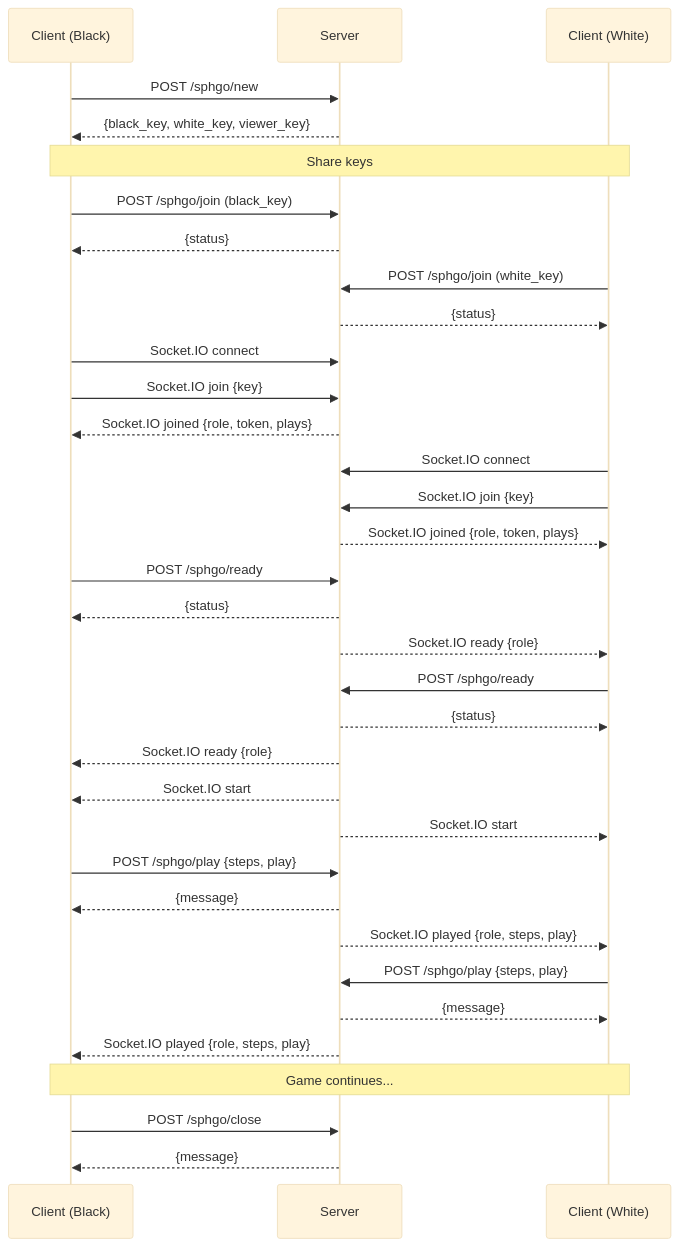
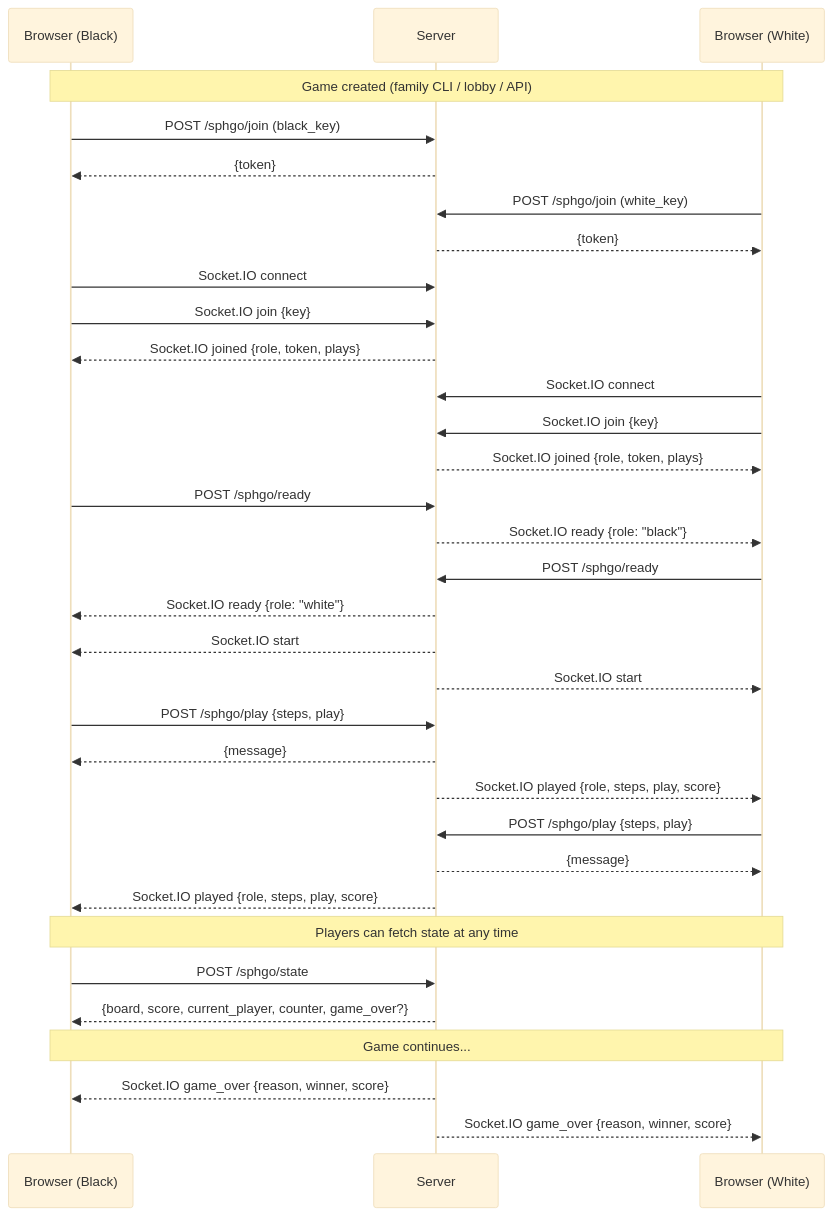
Before and after one commit to spherical-go/polyclash: the diagram in docs/08_network_play.md, drawn with Mermaid (base theme). The commit also changed other lines of this file and 28 other files, not shown here.

First line of the commit message:
feat: team server mode — user accounts, lobby, board persistence, cloud deploy

````diff
--- a/docs/08_network_play.md
+++ b/docs/08_network_play.md
@@ -173,48 +214,48 @@
 ```mermaid
 sequenceDiagram
-    participant Client1 as Client (Black)
+    participant Black as Browser (Black)
     participant Server
-    participant Client2 as Client (White)
+    participant White as Browser (White)
 
-    Client1->>Server: POST /sphgo/new
-    Server-->>Client1: {black_key, white_key, viewer_key}
+    Note over Black, White: Game created (family CLI / lobby / API)
 
-    Note over Client1, Client2: Share keys
+    Black->>Server: POST /sphgo/join (black_key)
+    Server-->>Black: {token}
+    White->>Server: POST /sphgo/join (white_key)
+    Server-->>White: {token}
 
-    Client1->>Server: POST /sphgo/join (black_key)
-    Server-->>Client1: {status}
-    Client2->>Server: POST /sphgo/join (white_key)
-    Server-->>Client2: {status}
+    Black->>Server: Socket.IO connect
+    Black->>Server: Socket.IO join {key}
+    Server-->>Black: Socket.IO joined {role, token, plays}
 
-    Client1->>Server: Socket.IO connect
-    Client1->>Server: Socket.IO join {key}
-    Server-->>Client1: Socket.IO joined {role, token, plays}
+    White->>Server: Socket.IO connect
+    White->>Server: Socket.IO join {key}
+    Server-->>White: Socket.IO joined {role, token, plays}
 
-    Client2->>Server: Socket.IO connect
-    Client2->>Server: Socket.IO join {key}
-    Server-->>Client2: Socket.IO joined {role, token, plays}
+    Black->>Server: POST /sphgo/ready
+    Server-->>White: Socket.IO ready {role: "black"}
 
-    Client1->>Server: POST /sphgo/ready
-    Server-->>Client1: {status}
-    Server-->>Client2: Socket.IO ready {role}
+    White->>Server: POST /sphgo/ready
+    Server-->>Black: Socket.IO ready {role: "white"}
 
-    Client2->>Server: POST /sphgo/ready
-    Server-->>Client2: {status}
-    Server-->>Client1: Socket.IO ready {role}
+    Server-->>Black: Socket.IO start
+    Server-->>White: Socket.IO start
 
-    Server-->>Client1: Socket.IO start
-    Server-->>Client2: Socket.IO start
+    Black->>Server: POST /sphgo/play {steps, play}
+    Server-->>Black: {message}
+    Server-->>White: Socket.IO played {role, steps, play, score}
 
-    Client1->>Server: POST /sphgo/play {steps, play}
-    Server-->>Client1: {message}
-    Server-->>Client2: Socket.IO played {role, steps, play}
+    White->>Server: POST /sphgo/play {steps, play}
+    Server-->>White: {message}
+    Server-->>Black: Socket.IO played {role, steps, play, score}
 
-    Client2->>Server: POST /sphgo/play {steps, play}
-    Server-->>Client2: {message}
-    Server-->>Client1: Socket.IO played {role, steps, play}
+    Note over Black, White: Players can fetch state at any time
 
-    Note over Client1, Client2: Game continues...
+    Black->>Server: POST /sphgo/state
+    Server-->>Black: {board, score, current_player, counter, game_over?}
 
-    Client1->>Server: POST /sphgo/close
-    Server-->>Client1: {message}
+    Note over Black, White: Game continues...
+
+    Server-->>Black: Socket.IO game_over {reason, winner, score}
+    Server-->>White: Socket.IO game_over {reason, winner, score}
 ```
````
